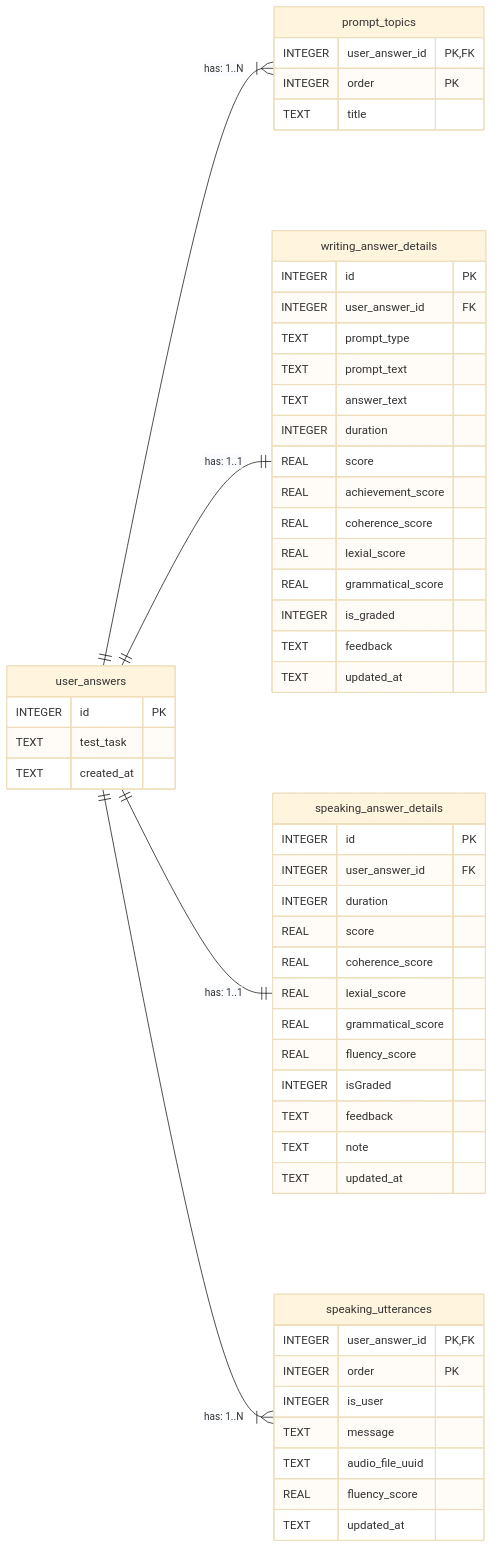
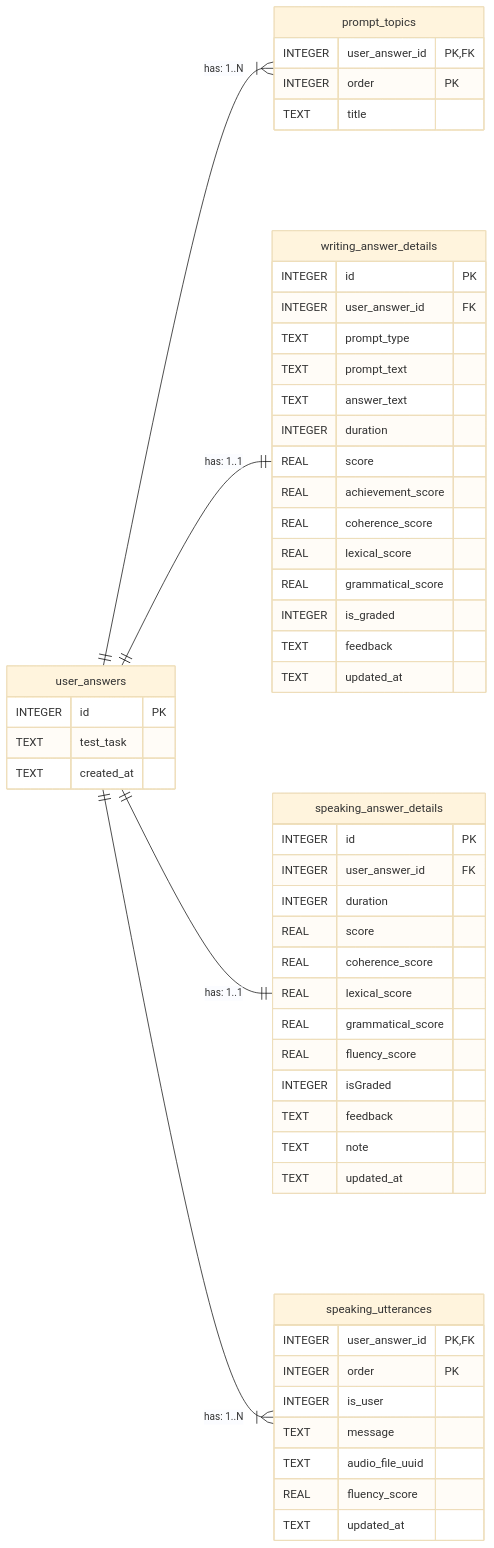
Before and after one commit to hirokd0627/ielts_ai_trainer: the diagram in application/docs/er-diagram.md, drawn with Mermaid (base theme). The commit also changed 16 other files, not shown here.

````diff
--- a/application/docs/er-diagram.md
+++ b/application/docs/er-diagram.md
@@ -3,62 +3,62 @@
 ```mermaid
 erDiagram
     direction LR
     user_answers ||--|{ prompt_topics : "has: 1..N"
     user_answers ||--|| writing_answer_details : "has: 1..1"
     user_answers ||--|| speaking_answer_details : "has: 1..1"
     user_answers ||--|{ speaking_utterances : "has: 1..N"
 
     user_answers {
         INTEGER id PK
         TEXT test_task
         TEXT created_at
     }
 
     prompt_topics {
         INTEGER user_answer_id PK,FK
         INTEGER order PK
         TEXT title 
     }
 
     writing_answer_details {
         INTEGER id PK
         INTEGER user_answer_id FK
         TEXT prompt_type
         TEXT prompt_text
         TEXT answer_text
         INTEGER duration
         REAL score
         REAL achievement_score
         REAL coherence_score
-        REAL lexial_score
+        REAL lexical_score
         REAL grammatical_score
         INTEGER is_graded
         TEXT feedback
         TEXT updated_at
     }
 
     speaking_answer_details {
         INTEGER id PK
         INTEGER user_answer_id FK
         INTEGER duration
         REAL score
         REAL coherence_score
-        REAL lexial_score
+        REAL lexical_score
         REAL grammatical_score
         REAL fluency_score
         INTEGER isGraded
         TEXT feedback
         TEXT note
         TEXT updated_at
     }
 
     speaking_utterances {
         INTEGER user_answer_id PK,FK
         INTEGER order PK
         INTEGER is_user
         TEXT message
         TEXT audio_file_uuid
         REAL fluency_score
         TEXT updated_at
     }
 ```
````
